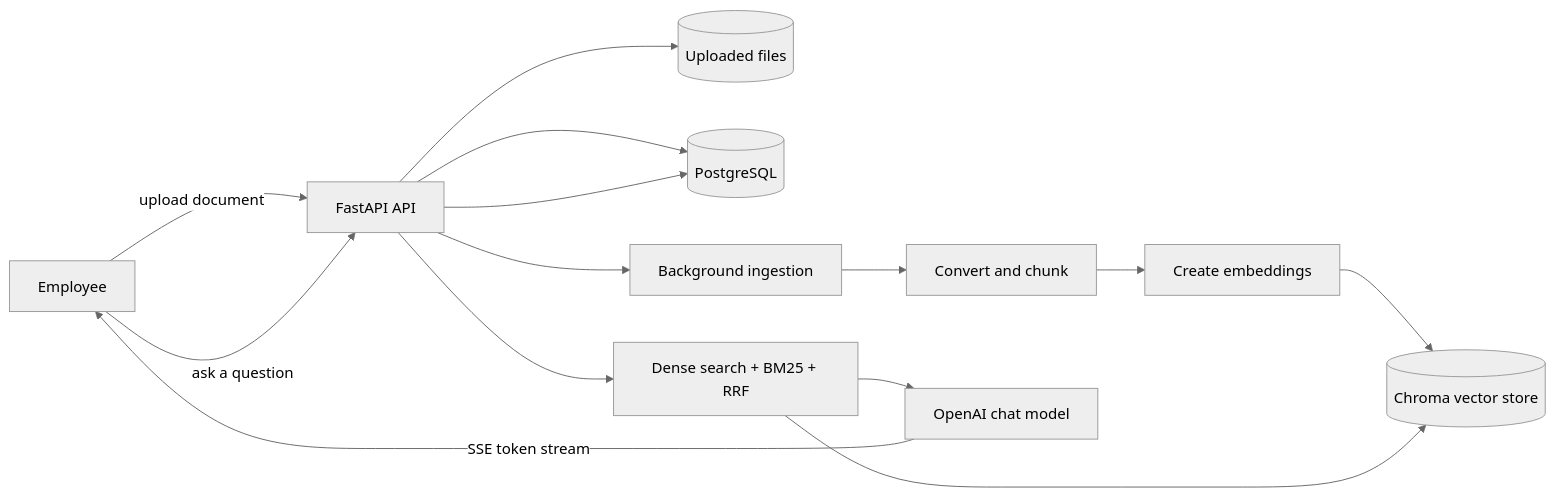
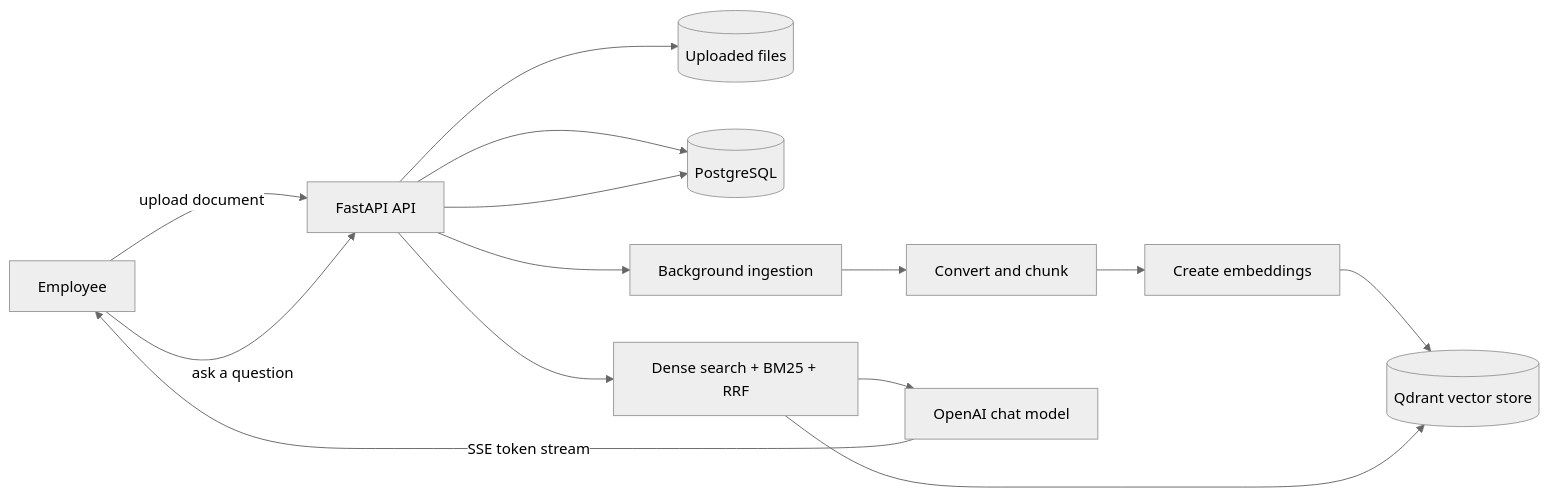
Before and after one commit to nandes007/knowledgehub-ai: the diagram in README.md, drawn with Mermaid (neutral theme). The commit also changed other lines of this file and 14 other files, not shown here.

First line of the commit message:
feat!: migrate vector store from Chroma to Qdrant

````diff
--- a/README.md
+++ b/README.md
@@ -50,17 +50,17 @@
 ```mermaid
 flowchart LR
     User[Employee] -->|upload document| API[FastAPI API]
     API --> Files[(Uploaded files)]
     API --> DB[(PostgreSQL)]
     API --> Ingest[Background ingestion]
     Ingest --> Convert[Convert and chunk]
     Convert --> Embed[Create embeddings]
-    Embed --> Chroma[(Chroma vector store)]
+    Embed --> Qdrant[(Qdrant vector store)]
 
     User -->|ask a question| API
     API --> Retrieve[Dense search + BM25 + RRF]
-    Retrieve --> Chroma
+    Retrieve --> Qdrant
     API --> DB
     Retrieve --> LLM[OpenAI chat model]
     LLM -->|SSE token stream| User
 ```
````
